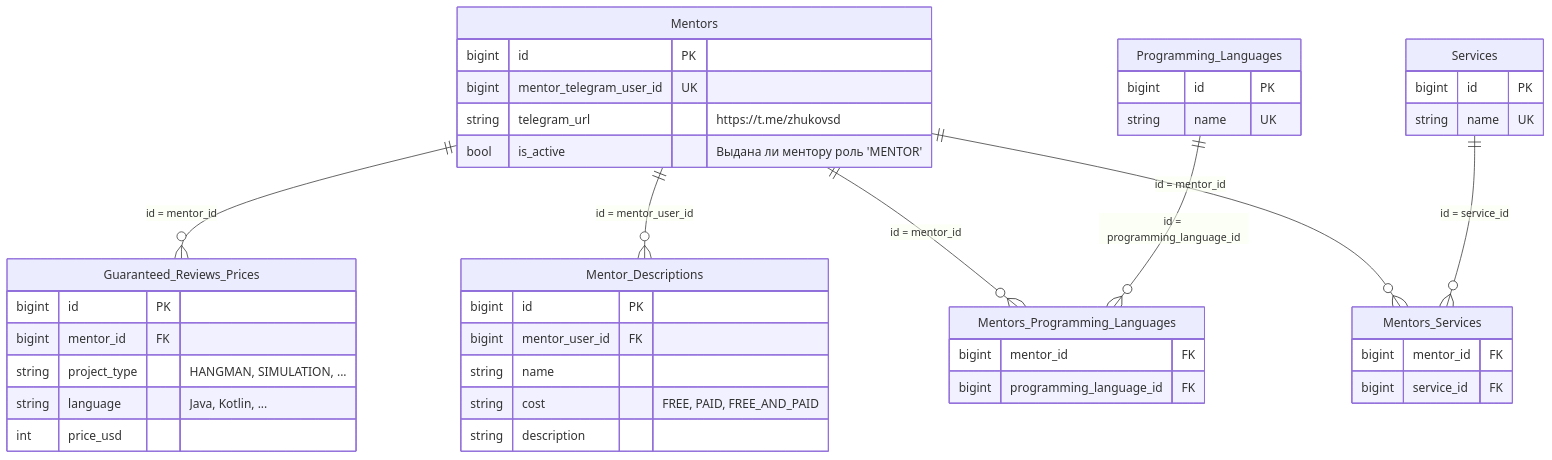
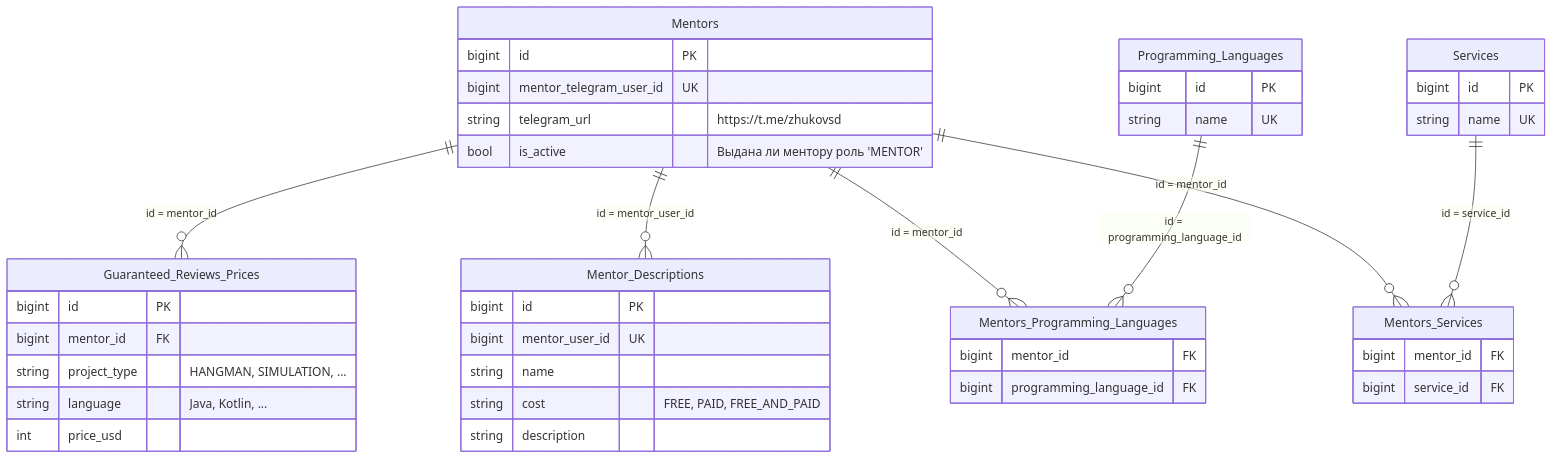
One commit to it-mentor-community-platform/meta changed the diagram in system-analytics/services/mentor-service/index.md. Above: the diagram before and after it, drawn with Mermaid. The commit also changed other lines of this file, not shown here.

Commit message:
system analytics: mentor service - add index to mentor_user_id column

````diff
--- a/system-analytics/services/mentor-service/index.md
+++ b/system-analytics/services/mentor-service/index.md
@@ -17,54 +17,54 @@
 ```mermaid
 erDiagram
     Mentors {
         bigint id PK
         bigint mentor_telegram_user_id UK
         string telegram_url "https://t.me/zhukovsd"
         bool is_active "Выдана ли ментору роль 'MENTOR'"
     }
 
     Guaranteed_Reviews_Prices {
         bigint id PK
         bigint mentor_id FK
         string project_type "HANGMAN, SIMULATION, ..."
         string language "Java, Kotlin, ..."
         int price_usd 
     }
 
     Mentor_Descriptions {
         bigint id PK
-        bigint mentor_user_id FK
+        bigint mentor_user_id UK
         string name
         string cost "FREE, PAID, FREE_AND_PAID"
         string description
     }
 
     Programming_Languages {
         bigint id PK
         string name UK
     }
 
     Mentors_Programming_Languages {
         bigint mentor_id FK
         bigint programming_language_id FK
     }
 
     Services {
         bigint id PK
         string name UK
     }
 
     Mentors_Services {
         bigint mentor_id FK
         bigint service_id FK
     }
 
     Mentors ||--o{ Guaranteed_Reviews_Prices : "id = mentor_id"
     Mentors ||--o{ Mentor_Descriptions : "id = mentor_user_id"
 
     Mentors ||--o{ Mentors_Programming_Languages : "id = mentor_id"
     Programming_Languages ||--o{ Mentors_Programming_Languages : "id = programming_language_id"
 
     Mentors ||--o{ Mentors_Services : "id = mentor_id"
     Services ||--o{ Mentors_Services : "id = service_id"
 ```
````
